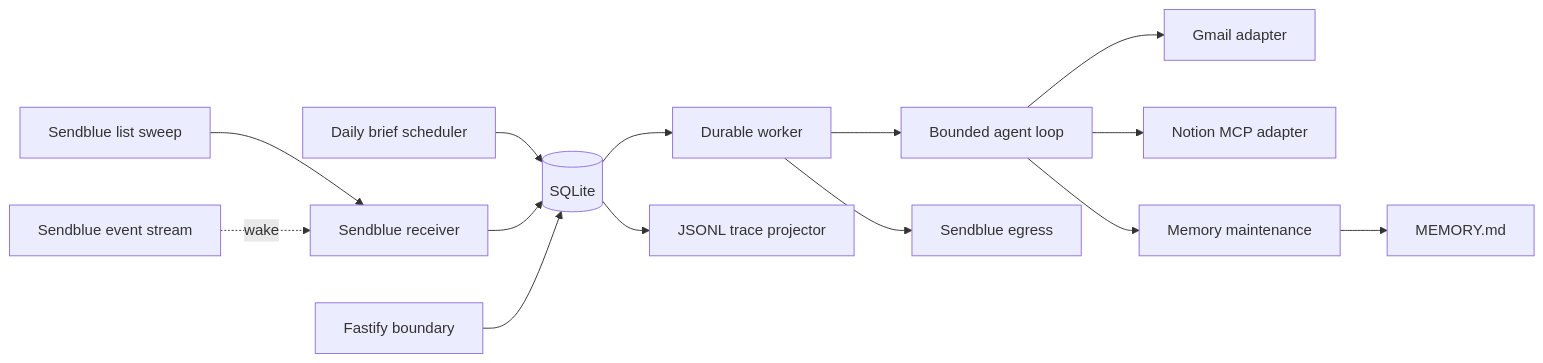
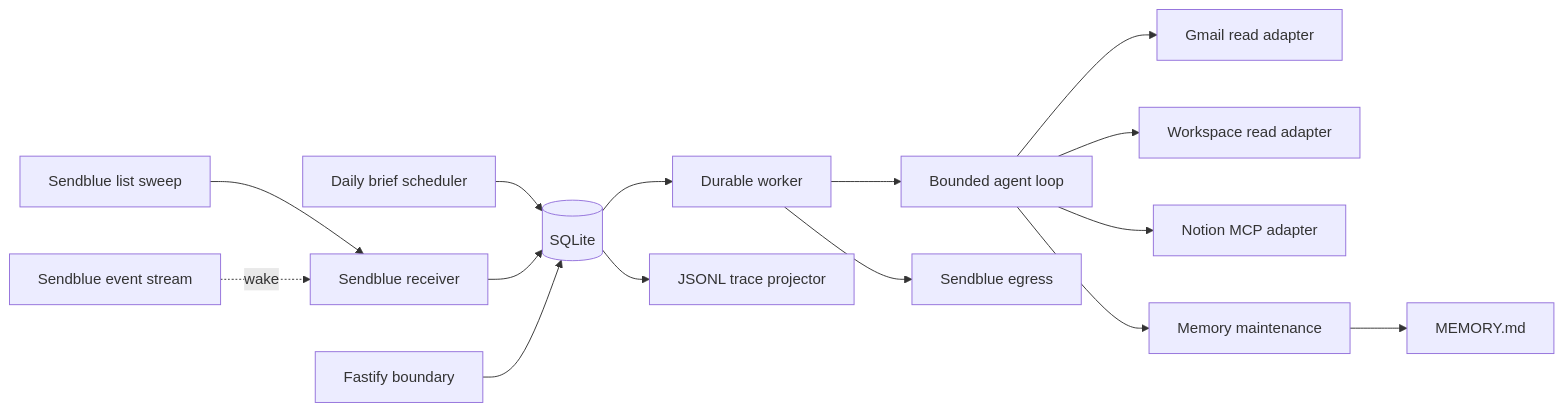
Before and after one commit to bgar324/annie: the diagram in docs/architecture.md, drawn with Mermaid. The commit also changed other lines of this file and 40 other files, not shown here.

````diff
--- a/docs/architecture.md
+++ b/docs/architecture.md
@@ -23,16 +23,17 @@
 ```mermaid
 flowchart LR
   S[Sendblue list sweep] --> R[Sendblue receiver]
   X[Sendblue event stream] -. wake .-> R
   B[Daily brief scheduler] --> D
   R --> D[(SQLite)]
   D --> W[Durable worker]
   W --> A[Bounded agent loop]
-  A --> G[Gmail adapter]
+  A --> G[Gmail read adapter]
+  A --> GW[Workspace read adapter]
   A --> N[Notion MCP adapter]
   W --> E[Sendblue egress]
   A --> MM[Memory maintenance]
   MM --> F[MEMORY.md]
   D --> T[JSONL trace projector]
   H[Fastify boundary] --> D
 ```
````
